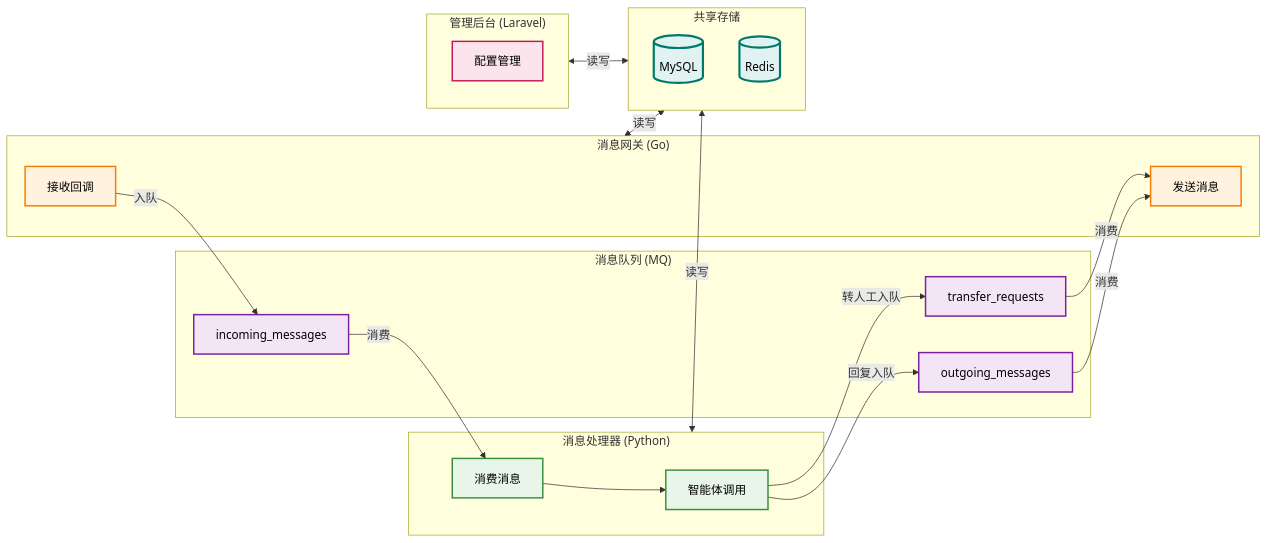
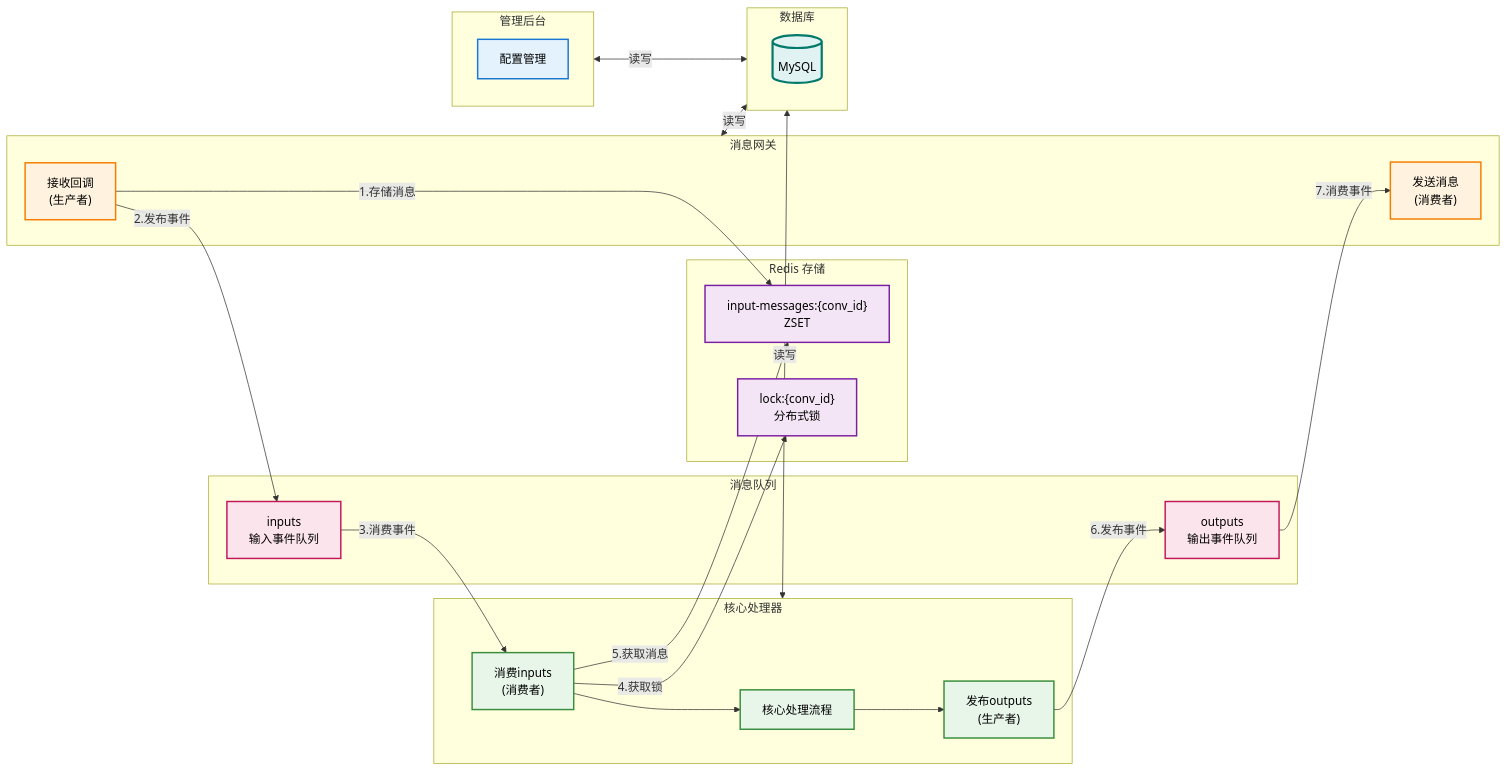
One commit to liushoukun/huizhida-chatbot changed the second of 18 diagrams in docs/requirements.md. Above: the diagram before and after it, drawn with Mermaid. The commit also changed other lines of this file and 33 other files, not shown here.

````diff
--- a/docs/requirements.md
+++ b/docs/requirements.md
@@ -214,53 +218,60 @@
 ```mermaid
 flowchart LR
-    subgraph Gateway["消息网关 (Go)"]
-        G1["接收回调"]
-        G2["发送消息"]
+    subgraph Gateway["消息网关"]
+        G1["接收回调<br/>(生产者)"]
+        G2["发送消息<br/>(消费者)"]
     end
 
-    subgraph Queue["消息队列 (MQ)"]
-        Q1["incoming_messages"]
-        Q2["outgoing_messages"]
-        Q3["transfer_requests"]
+    subgraph Storage["Redis 存储"]
+        S1["input-messages:{conv_id}<br/>ZSET"]
+        S2["lock:{conv_id}<br/>分布式锁"]
     end
 
-    subgraph Processor["消息处理器 (Python)"]
-        P1["消费消息"]
-        P2["智能体调用"]
+    subgraph Queue["消息队列"]
+        Q1["inputs<br/>输入事件队列"]
+        Q2["outputs<br/>输出事件队列"]
     end
 
-    subgraph Admin["管理后台 (Laravel)"]
+    subgraph Processor["核心处理器"]
+        P1["消费inputs<br/>(消费者)"]
+        P2["核心处理流程"]
+        P3["发布outputs<br/>(生产者)"]
+    end
+
+    subgraph Admin["管理后台"]
         A1["配置管理"]
     end
 
-    subgraph DB["共享存储"]
+    subgraph DB["数据库"]
         MySQL[("MySQL")]
-        Redis2[("Redis")]
     end
 
-    G1 -->|入队| Q1
-    Q1 -->|消费| P1
-    P1 --> P2
-    P2 -->|回复入队| Q2
-    P2 -->|转人工入队| Q3
-    Q2 -->|消费| G2
-    Q3 -->|消费| G2
+    G1 -->|"1.存储消息"| S1
+    G1 -->|"2.发布事件"| Q1
+    Q1 -->|"3.消费事件"| P1
+    P1 -->|"4.获取锁"| S2
+    P1 -->|"5.获取消息"| S1
+    P1 --> P2 --> P3
+    P3 -->|"6.发布事件"| Q2
+    Q2 -->|"7.消费事件"| G2
 
     Gateway <-->|读写| DB
     Processor <-->|读写| DB
     Admin <-->|读写| DB
 
     %% 样式定义
     classDef gatewayStyle fill:#FFF3E0,stroke:#F57C00,stroke-width:2px,color:#000
-    classDef queueStyle fill:#F3E5F5,stroke:#7B1FA2,stroke-width:2px,color:#000
+    classDef storageStyle fill:#F3E5F5,stroke:#7B1FA2,stroke-width:2px,color:#000
+    classDef queueStyle fill:#FCE4EC,stroke:#C2185B,stroke-width:2px,color:#000
     classDef processorStyle fill:#E8F5E9,stroke:#388E3C,stroke-width:2px,color:#000
-    classDef adminStyle fill:#FCE4EC,stroke:#C2185B,stroke-width:2px,color:#000
+    classDef adminStyle fill:#E3F2FD,stroke:#1976D2,stroke-width:2px,color:#000
     classDef dbStyle fill:#E0F2F1,stroke:#00796B,stroke-width:3px,color:#000
 
     %% 应用样式
     class G1,G2 gatewayStyle
-    class Q1,Q2,Q3 queueStyle
-    class P1,P2 processorStyle
+    class S1,S2 storageStyle
+    class Q1,Q2 queueStyle
+    class P1,P2,P3 processorStyle
     class A1 adminStyle
-    class MySQL,Redis2 dbStyle
+    class MySQL dbStyle
 ```
````
